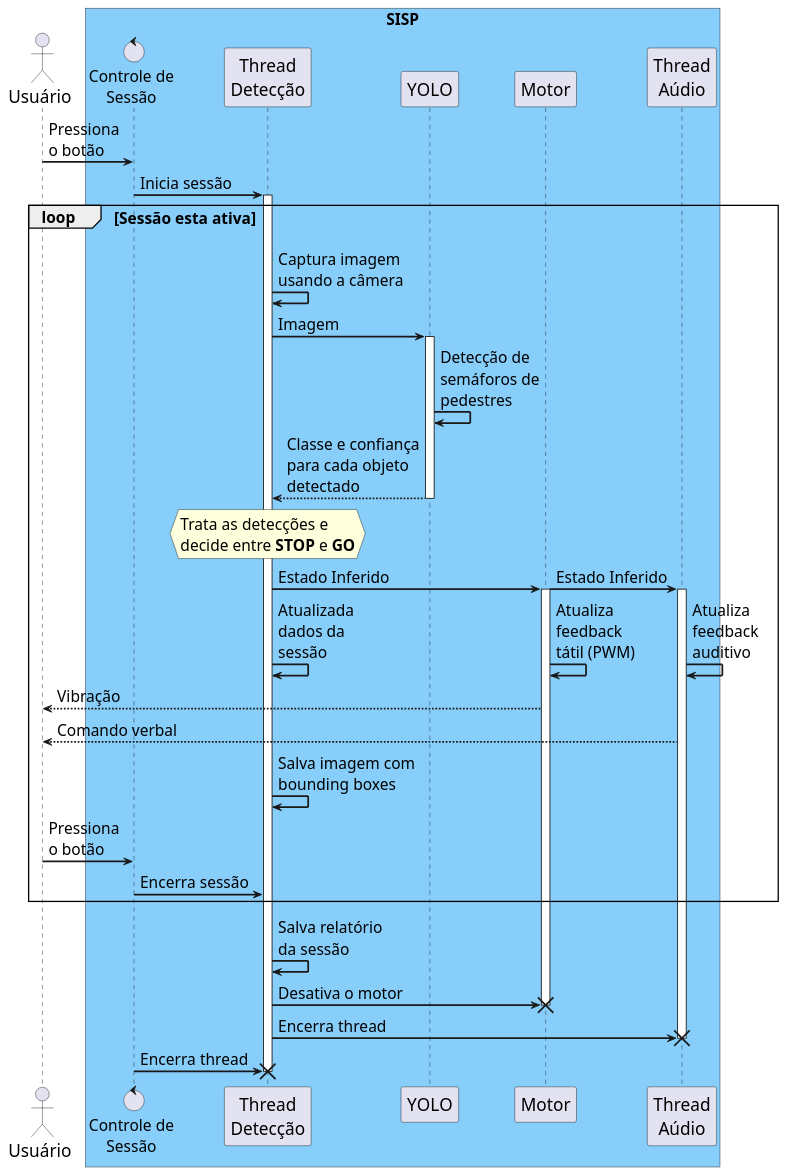
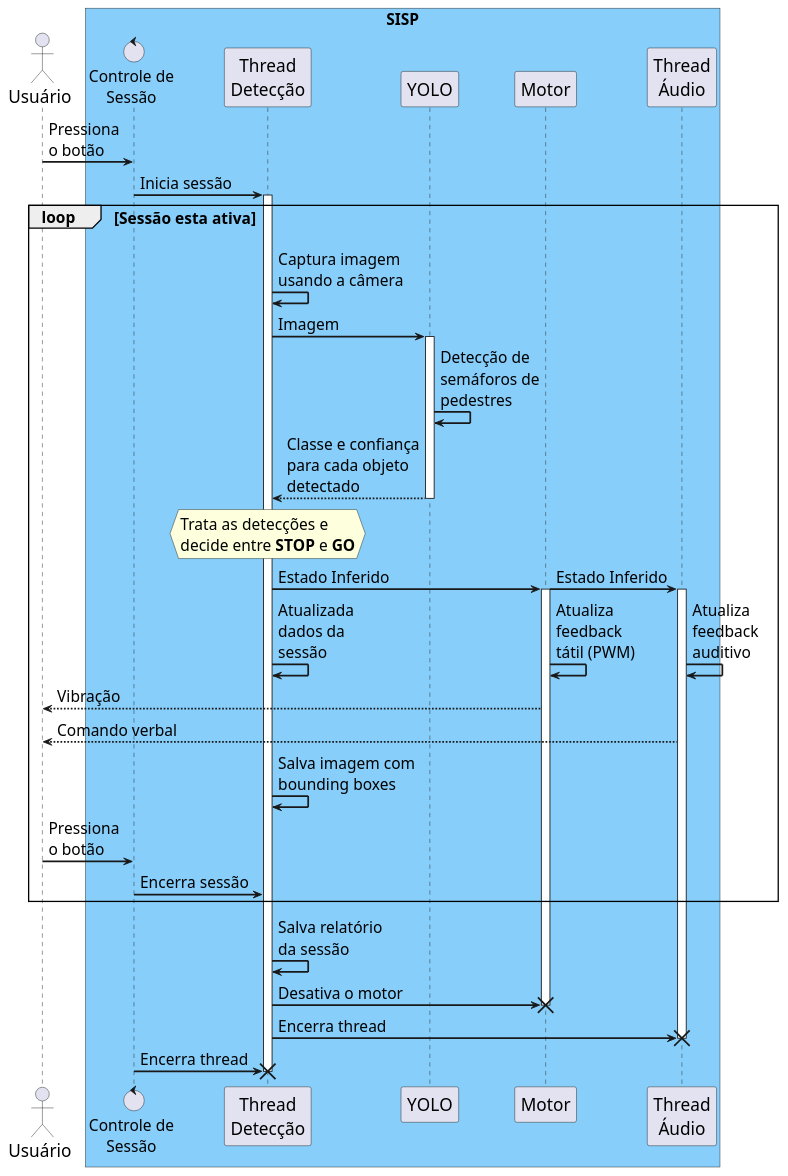
The diagram in SISP/doc/SISP_Diagramas/DiagramaSequenciaSISP.plantuml (VictorHPN/SISP), drawn with PlantUML before and after one commit. The commit also changed 1 other file, not shown here.

Commit message:
Arrumando diagrama de sequência

```diff
--- a/SISP/doc/SISP_Diagramas/DiagramaSequenciaSISP.plantuml
+++ b/SISP/doc/SISP_Diagramas/DiagramaSequenciaSISP.plantuml
@@ -1,56 +1,56 @@
 @startuml
 skinparam SequenceArrowThickness 2
 skinparam DefaultFontSize 18
 skinparam ParticipantFontSize 20
 skinparam ActorFontSize 20
 skinparam NoteFontAlignment center
 
 !pragma teoz true
 
 actor "Usuário" as USER
 
 box "SISP" #LightSkyBlue
     control "Controle de\nSessão" as CTRLS
     participant "Thread\nDetecção" as TDETECT
     participant YOLO
     participant "Motor" as MT
-    participant "Thread\nAúdio" as TAUD
+    participant "Thread\nÁudio" as TAUD
 end box
 
 USER -> CTRLS : Pressiona\no botão
 CTRLS -> TDETECT ++: Inicia sessão  
 
 loop Sessão esta ativa
 
     TDETECT -> TDETECT : Captura imagem\nusando a câmera
 
     TDETECT -> YOLO ++: Imagem
     YOLO -> YOLO : Detecção de\nsemáforos de\npedestres
     YOLO --> TDETECT : Classe e confiança\npara cada objeto\ndetectado
     deactivate YOLO
 
     hnote over TDETECT : Trata as detecções e\ndecide entre **STOP** e **GO**
 
 
     TDETECT -> MT ++: Estado Inferido
     & MT -> TAUD ++: Estado Inferido
 
     MT -> MT: Atualiza\nfeedback\ntátil (PWM)
     & TAUD -> TAUD : Atualiza\nfeedback\nauditivo
     & TDETECT -> TDETECT : Atualizada\ndados da\nsessão
 
     MT --> USER: Vibração
     TAUD --> USER: Comando verbal
     TDETECT -> TDETECT : Salva imagem com\nbounding boxes
 
     USER -> CTRLS : Pressiona\no botão
     CTRLS -> TDETECT: Encerra sessão
 end
 
 TDETECT -> TDETECT : Salva relatório\nda sessão
 
 TDETECT -> MT !!: Desativa o motor
 TDETECT -> TAUD !!: Encerra thread
 CTRLS -> TDETECT !!: Encerra thread
 
 @enduml
```
